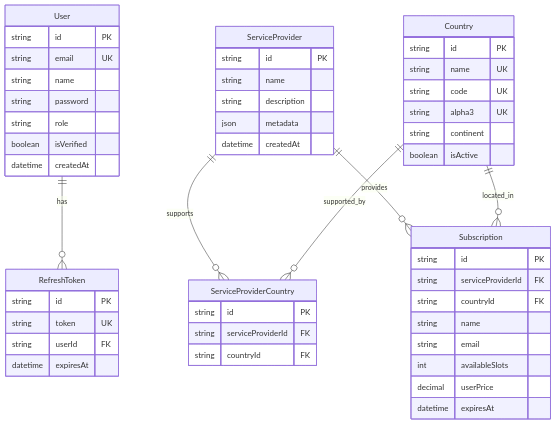
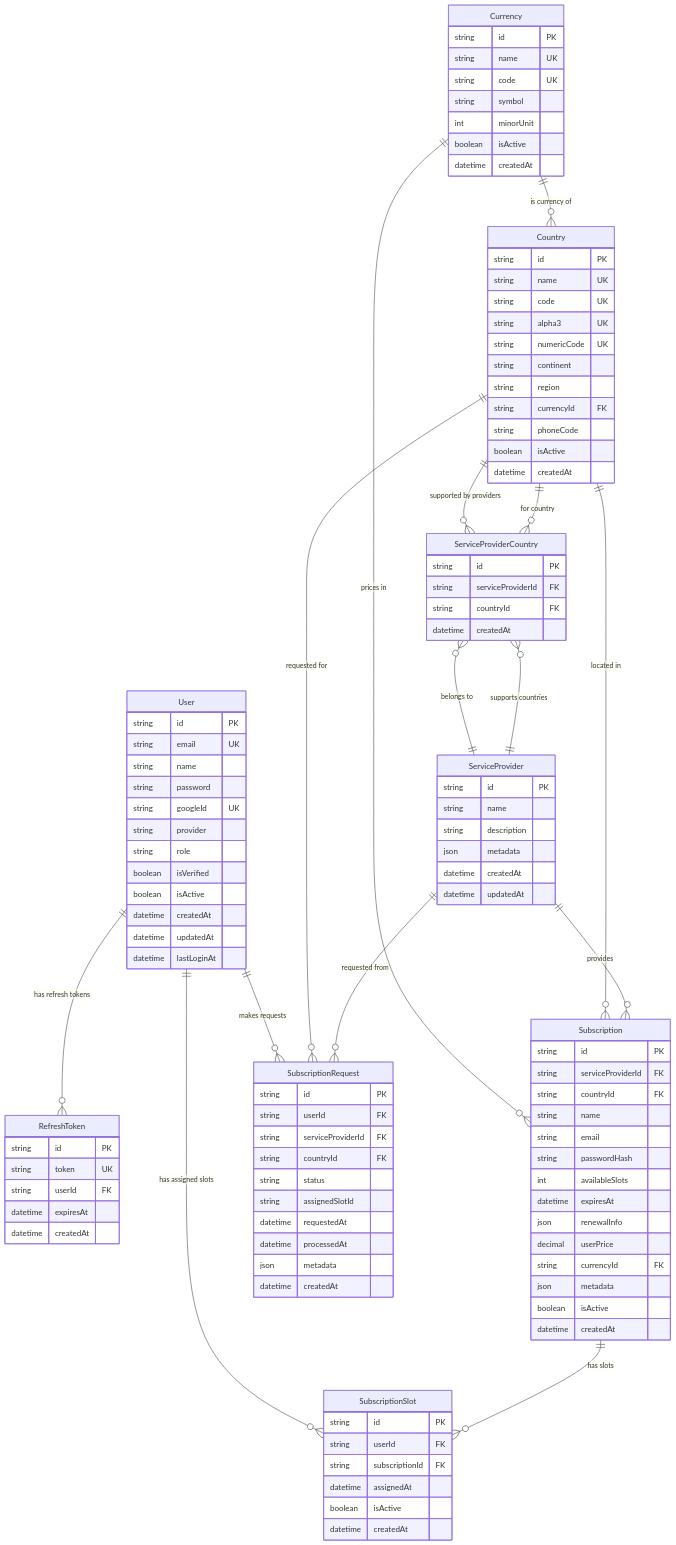
The diagram in README.md (VanGoethe/buddyPass-backend), drawn with Mermaid before and after one commit. The commit also changed other lines of this file, not shown here.

````diff
--- a/README.md
+++ b/README.md
@@ -275,9 +284,14 @@
         string email UK
         string name
         string password
+        string googleId UK
+        string provider
         string role
         boolean isVerified
+        boolean isActive
         datetime createdAt
+        datetime updatedAt
+        datetime lastLoginAt
     }
 
     RefreshToken {
@@ -285,6 +299,7 @@
         string token UK
         string userId FK
         datetime expiresAt
+        datetime createdAt
     }
 
     Country {
@@ -292,8 +307,23 @@
         string name UK
         string code UK
         string alpha3 UK
+        string numericCode UK
         string continent
+        string region
+        string currencyId FK
+        string phoneCode
         boolean isActive
+        datetime createdAt
+    }
+
+    Currency {
+        string id PK
+        string name UK
+        string code UK
+        string symbol
+        int minorUnit
+        boolean isActive
+        datetime createdAt
     }
 
     ServiceProvider {
@@ -301,6 +331,14 @@
         string name
         string description
         json metadata
+        datetime createdAt
+        datetime updatedAt
+    }
+
+    ServiceProviderCountry {
+        string id PK
+        string serviceProviderId FK
+        string countryId FK
         datetime createdAt
     }
 
@@ -310,20 +348,56 @@
         string countryId FK
         string name
         string email
+        string passwordHash
         int availableSlots
+        datetime expiresAt
+        json renewalInfo
         decimal userPrice
-        datetime expiresAt
+        string currencyId FK
+        json metadata
+        boolean isActive
+        datetime createdAt
     }
 
-    ServiceProviderCountry {
+    SubscriptionSlot {
         string id PK
+        string userId FK
+        string subscriptionId FK
+        datetime assignedAt
+        boolean isActive
+        datetime createdAt
+    }
+
+    SubscriptionRequest {
+        string id PK
+        string userId FK
         string serviceProviderId FK
         string countryId FK
+        string status
+        string assignedSlotId
+        datetime requestedAt
+        datetime processedAt
+        json metadata
+        datetime createdAt
     }
 
-    User ||--o{ RefreshToken : "has"
-    ServiceProvider ||--o{ ServiceProviderCountry : "supports"
-    Country ||--o{ ServiceProviderCountry : "supported_by"
+    User ||--o{ RefreshToken : "has refresh tokens"
+    User ||--o{ SubscriptionSlot : "has assigned slots"
+    User ||--o{ SubscriptionRequest : "makes requests"
+
+    Currency ||--o{ Country : "is currency of"
+    Currency ||--o{ Subscription : "prices in"
+
+    Country ||--o{ ServiceProviderCountry : "supported by providers"
+    Country ||--o{ Subscription : "located in"
+    Country ||--o{ SubscriptionRequest : "requested for"
+
+    ServiceProvider ||--o{ ServiceProviderCountry : "supports countries"
     ServiceProvider ||--o{ Subscription : "provides"
-    Country ||--o{ Subscription : "located_in"
+    ServiceProvider ||--o{ SubscriptionRequest : "requested from"
+
+    Subscription ||--o{ SubscriptionSlot : "has slots"
+
+    ServiceProviderCountry }o--|| ServiceProvider : "belongs to"
+    ServiceProviderCountry }o--|| Country : "for country"
 ```
````
